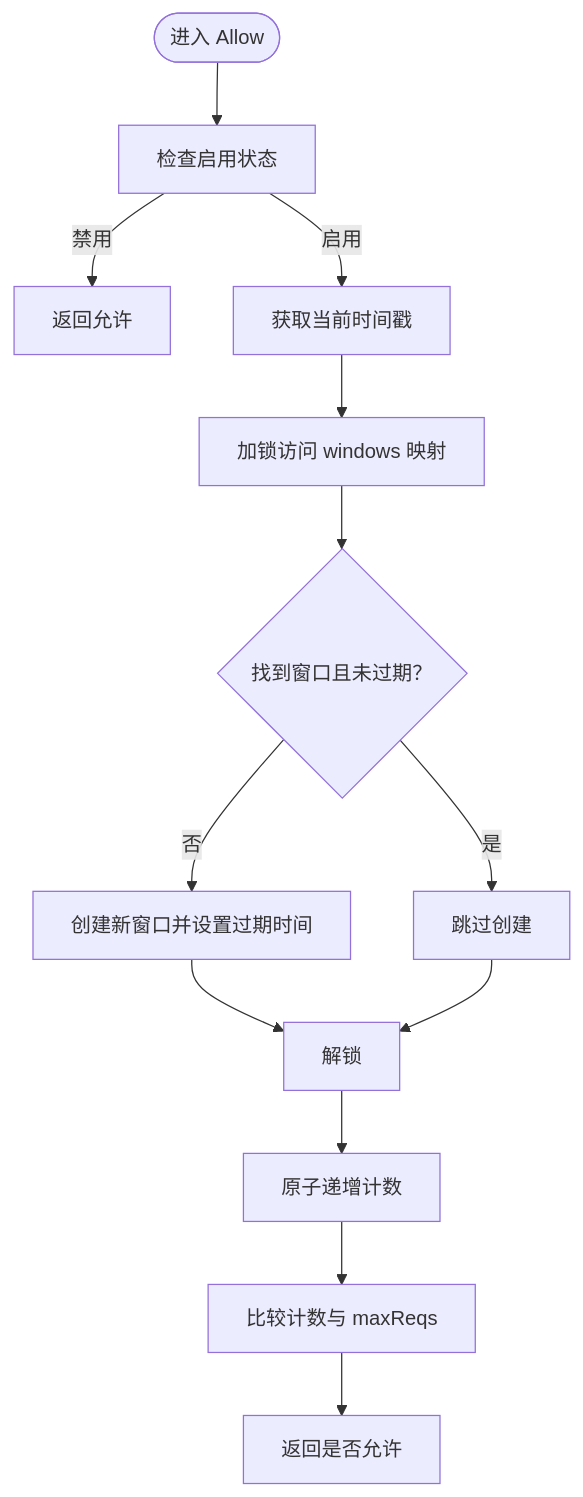
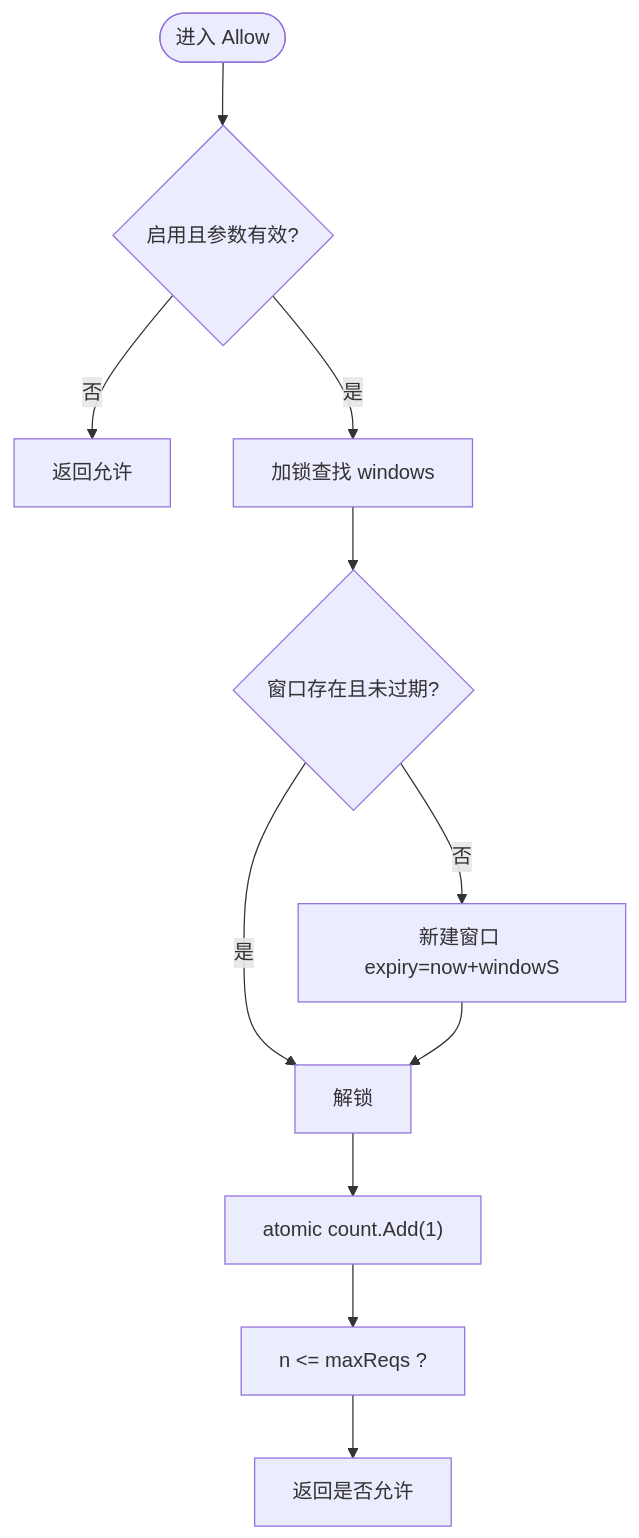
The third of 4 diagrams in docs/WAF 引擎系统/处理阶段详解/请求速率限制阶段.md (x01n/My-OpenWaf), drawn with Mermaid before and after one commit. The commit also changed other lines of this file and 622 other files, not shown here.

````diff
--- a/docs/WAF 引擎系统/处理阶段详解/请求速率限制阶段.md
+++ b/docs/WAF 引擎系统/处理阶段详解/请求速率限制阶段.md
@@ -152,15 +161,13 @@
 ```mermaid
 flowchart TD
-Start(["进入 Allow"]) --> CheckEnabled["检查启用状态"]
-CheckEnabled --> |禁用| ReturnTrue["返回允许"]
-CheckEnabled --> |启用| GetTime["获取当前时间戳"]
-GetTime --> Lock["加锁访问 windows 映射"]
-Lock --> FindWin{"找到窗口且未过期？"}
-FindWin --> |否| CreateWin["创建新窗口并设置过期时间"]
-FindWin --> |是| SkipCreate["跳过创建"]
-CreateWin --> Unlock["解锁"]
-SkipCreate --> Unlock
-Unlock --> AtomicInc["原子递增计数"]
-AtomicInc --> Compare["比较计数与 maxReqs"]
+Start(["进入 Allow"]) --> Enabled{"启用且参数有效?"}
+Enabled --> |否| ReturnTrue["返回允许"]
+Enabled --> |是| Lock["加锁查找 windows"]
+Lock --> FindWin{"窗口存在且未过期?"}
+FindWin --> |否| CreateWin["新建窗口 expiry=now+windowS"]
+FindWin --> |是| Unlock["解锁"]
+CreateWin --> Unlock
+Unlock --> AtomicInc["atomic count.Add(1)"]
+AtomicInc --> Compare["n <= maxReqs ?"]
 Compare --> ReturnBool["返回是否允许"]
 ```
````
